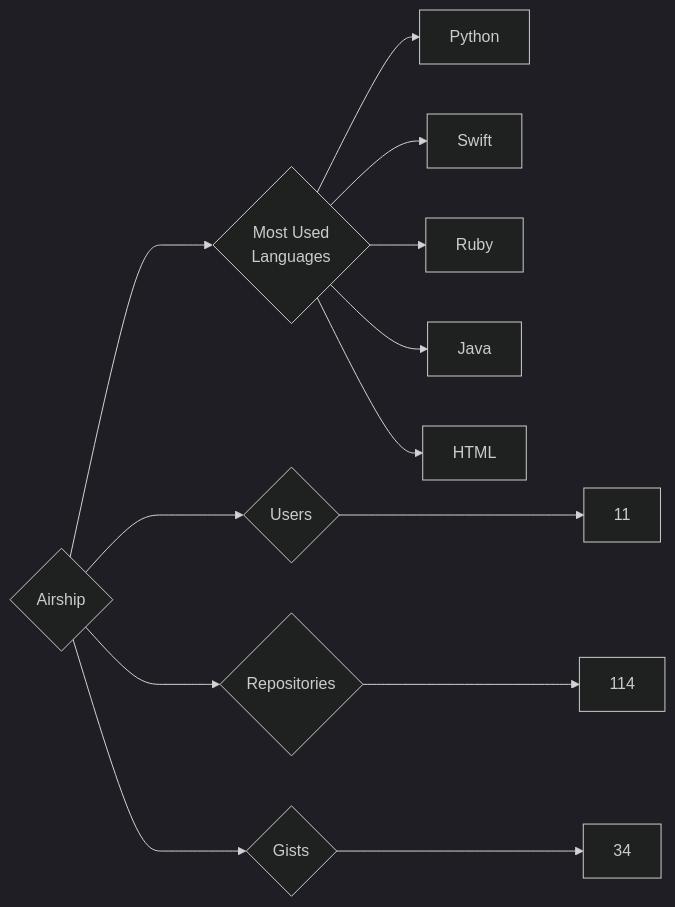
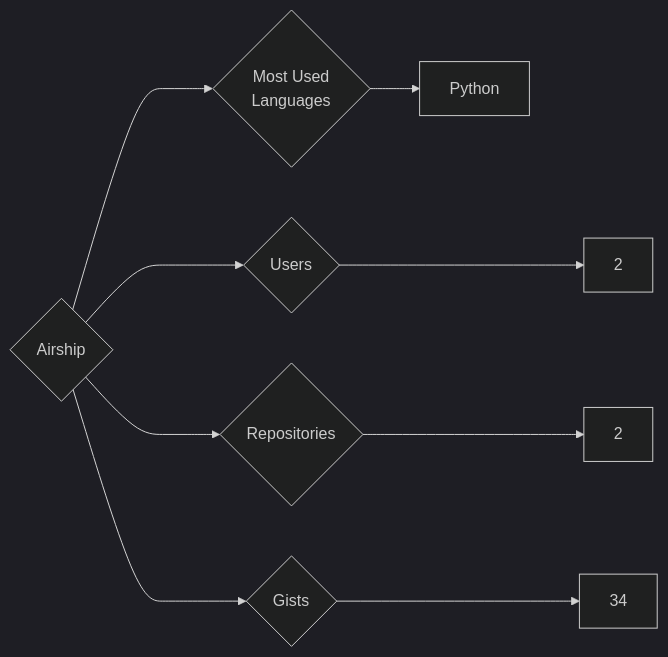
One commit to trickest/insiders changed the diagram in targets/Airship/README.md. Above: the diagram before and after it, drawn with Mermaid (dark theme). The commit also changed 998 other files, not shown here.

````diff
--- a/targets/Airship/README.md
+++ b/targets/Airship/README.md
@@ -3,13 +3,9 @@
 ```mermaid
 graph LR
 COMPANY_NAME{Airship}
-COMPANY_NAME ---> U{Users} ---> UN[11]
-COMPANY_NAME ---> R{Repositories} ---> RN[114]
+COMPANY_NAME ---> U{Users} ---> UN[2]
+COMPANY_NAME ---> R{Repositories} ---> RN[2]
 COMPANY_NAME ---> G{Gists} ---> GN[34]
 COMPANY_NAME ---> ML{Most Used<br>Languages}
 ML --> Python[Python]
-ML --> Swift[Swift]
-ML --> Ruby[Ruby]
-ML --> Java[Java]
-ML --> HTML[HTML]
 ```
````
